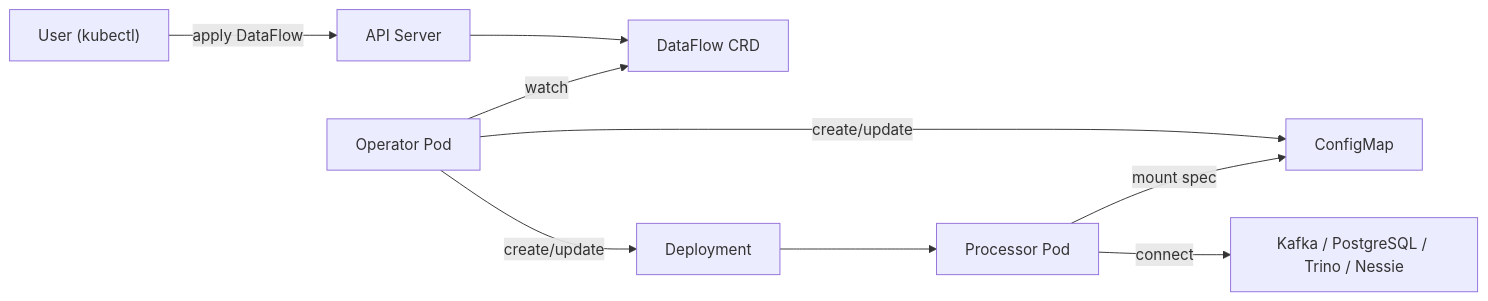
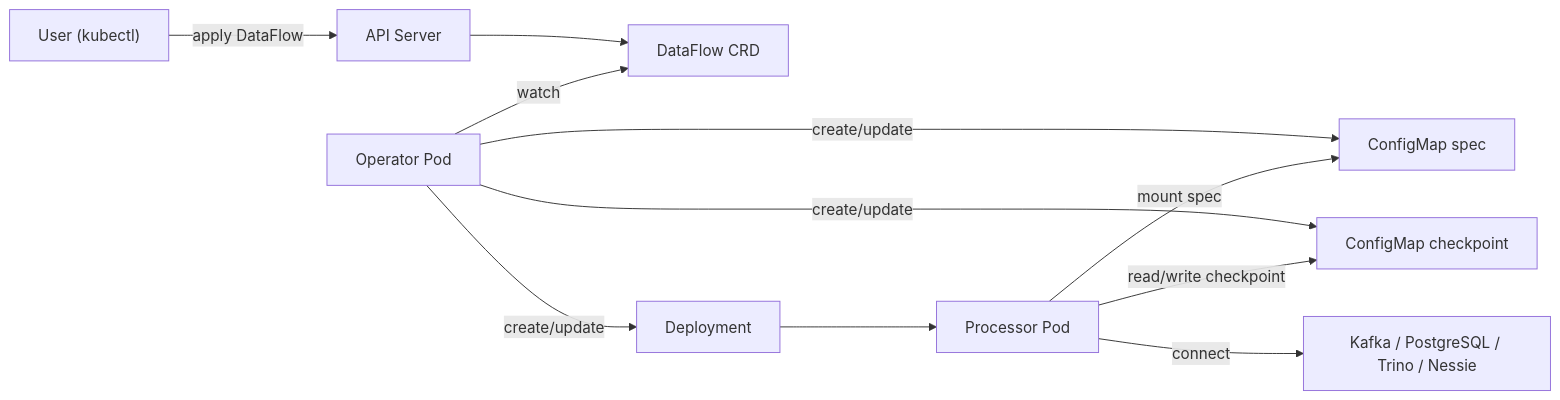
The first of 3 diagrams in docs/en/architecture.md (dataflow-operator/docs), drawn with Mermaid before and after one commit. The commit also changed other lines of this file and 8 other files, not shown here.

````diff
--- a/docs/en/architecture.md
+++ b/docs/en/architecture.md
@@ -89,20 +93,23 @@
 ```mermaid
 flowchart LR
   User["User (kubectl)"]
   API["API Server"]
   CRD["DataFlow CRD"]
   Operator["Operator Pod"]
-  CM["ConfigMap"]
+  CMSpec["ConfigMap spec"]
+  CMCheckpoint["ConfigMap checkpoint"]
   Dep["Deployment"]
   Proc["Processor Pod"]
   Ext["Kafka / PostgreSQL / Trino / Nessie"]
 
   User -->|"apply DataFlow"| API
   API --> CRD
   Operator -->|watch| CRD
-  Operator -->|create/update| CM
+  Operator -->|create/update| CMSpec
+  Operator -->|create/update| CMCheckpoint
   Operator -->|create/update| Dep
   Dep --> Proc
-  Proc -->|mount spec| CM
+  Proc -->|mount spec| CMSpec
+  Proc -->|read/write checkpoint| CMCheckpoint
   Proc -->|connect| Ext
 ```
````
